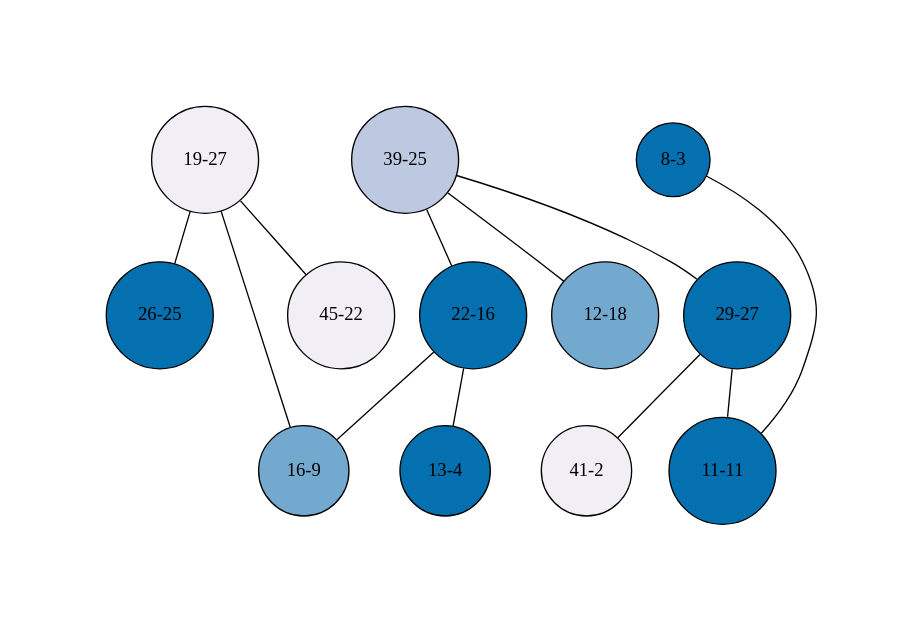
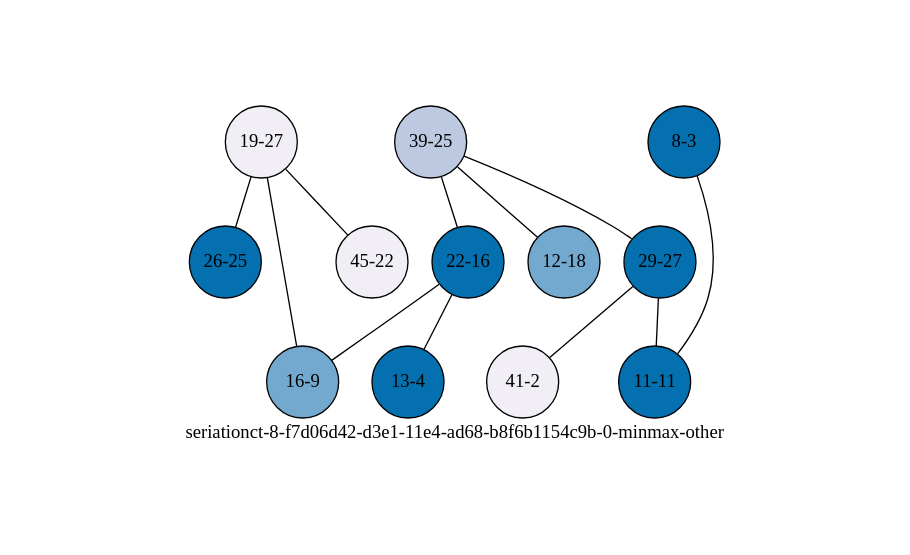
Before and after one commit to mmadsen/experiment-seriationct: the diagram in experiments/seriationct-8/seriation-results/f7d06d42-d3e1-11e4-ad68-b8f6b1154c9b-0-sampled-0.07/f7d06d42-d3e1-11e4-ad68-b8f6b1154c9b-0-sampled-0.07-minmax-by-weight.png-annotated-chronological.dot, drawn with Graphviz. The commit also changed 54 other files, not shown here.

```diff
--- a/experiments/seriationct-8/seriation-results/f7d06d42-d3e1-11e4-ad68-b8f6b1154c9b-0-sampled-0.07/f7d06d42-d3e1-11e4-ad68-b8f6b1154c9b-0-sampled-0.07-minmax-by-weight.png-annotated-chronological.dot
+++ b/experiments/seriationct-8/seriation-results/f7d06d42-d3e1-11e4-ad68-b8f6b1154c9b-0-sampled-0.07/f7d06d42-d3e1-11e4-ad68-b8f6b1154c9b-0-sampled-0.07-minmax-by-weight.png-annotated-chronological.dot
@@ -1,29 +1,30 @@
-strict graph G {
+strict graph "seriationct-8-f7d06d42-d3e1-11e4-ad68-b8f6b1154c9b-0-minmax-other" {
 labelloc=b;
 ratio=auto;
 pad="1.0";
-node [width="0.3", shape=circle, height="0.3", style=filled, label=""];
+label="seriationct-8-f7d06d42-d3e1-11e4-ad68-b8f6b1154c9b-0-minmax-other";
+node [width="0.75", style=filled, fixedsize=true, height="0.75", shape=circle, label=""];
 0 [xCoordinate="27.0", appears_in_slice=4, yCoordinate="19.0", colorscheme=pubu4, short_label="19-27", label="19-27", fillcolor=1, id=6, size="633.254746246"];
 1 [xCoordinate="25.0", appears_in_slice=3, yCoordinate="39.0", colorscheme=pubu4, short_label="39-25", label="39-25", fillcolor=2, id=1, size="625.412582206"];
 2 [xCoordinate="16.0", appears_in_slice=1, yCoordinate="22.0", colorscheme=pubu4, short_label="22-16", label="22-16", fillcolor=4, id=2, size="374.115895272"];
 3 [xCoordinate="25.0", appears_in_slice=1, yCoordinate="26.0", colorscheme=pubu4, short_label="26-25", label="26-25", fillcolor=4, id=3, size="274.194482359"];
 4 [xCoordinate="9.0", appears_in_slice=2, yCoordinate="16.0", colorscheme=pubu4, short_label="16-9", label="16-9", fillcolor=3, id=0, size="577.888075444"];
 5 [xCoordinate="4.0", appears_in_slice=1, yCoordinate="13.0", colorscheme=pubu4, short_label="13-4", label="13-4", fillcolor=4, id=4, size="374.115895272"];
 6 [xCoordinate="18.0", appears_in_slice=2, yCoordinate="12.0", colorscheme=pubu4, short_label="12-18", label="12-18", fillcolor=3, id=5, size="577.888075444"];
 7 [xCoordinate="27.0", appears_in_slice=1, yCoordinate="29.0", colorscheme=pubu4, short_label="29-27", label="29-27", fillcolor=4, id=7, size="374.115895272"];
 8 [xCoordinate="3.0", appears_in_slice=1, yCoordinate="8.0", colorscheme=pubu4, short_label="8-3", label="8-3", fillcolor=4, id=8, size="648.310377632"];
 9 [xCoordinate="11.0", appears_in_slice=1, yCoordinate="11.0", colorscheme=pubu4, short_label="11-11", label="11-11", fillcolor=4, id=9, size="274.194482359"];
 10 [xCoordinate="22.0", appears_in_slice=4, yCoordinate="45.0", colorscheme=pubu4, short_label="45-22", label="45-22", fillcolor=1, id=10, size="633.254746246"];
 11 [xCoordinate="2.0", appears_in_slice=4, yCoordinate="41.0", colorscheme=pubu4, short_label="41-2", label="41-2", fillcolor=1, id=11, size="633.254746246"];
 0 -- 10  [inverseweight="2.35402585305", weight="0.424804170567"];
 0 -- 3  [inverseweight="1.53823084791", weight="0.650097481377"];
 0 -- 4  [inverseweight="7.04988959844", weight="0.141846192914"];
 1 -- 2  [inverseweight="3.27334881448", weight="0.305497536827"];
 1 -- 6  [inverseweight="1.56877360802", weight="0.637440606401"];
 1 -- 7  [inverseweight="5.02587181097", weight="0.198970454801"];
 2 -- 4  [inverseweight="1.58575624499", weight="0.63061394408"];
 2 -- 5  [inverseweight="2.01969375231", weight="0.495124569681"];
 7 -- 11  [inverseweight="3.05207968305", weight="0.327645443058"];
 7 -- 9  [inverseweight="3.61823614456", weight="0.276377759783"];
 8 -- 9  [inverseweight="1.31002595978", weight="0.763343651733"];
 }
```
